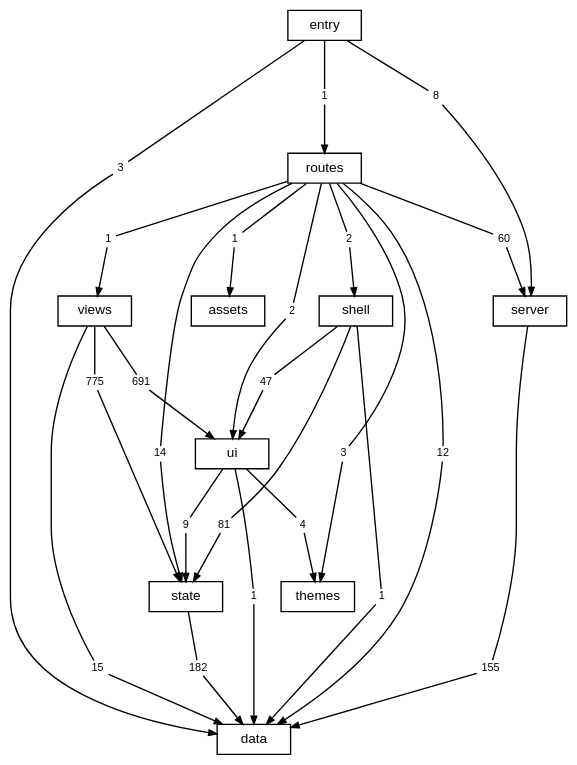
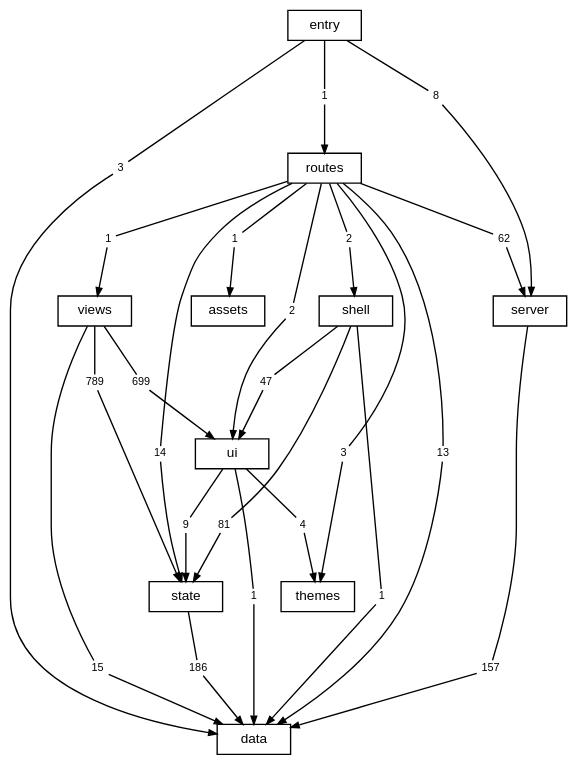
One commit to TheAxeC/oculus changed the diagram in docs/diagrams/layers.dot. Above: the diagram before and after it, drawn with Graphviz. The commit also changed 100 other files, not shown here.

```diff
--- a/docs/diagrams/layers.dot
+++ b/docs/diagrams/layers.dot
@@ -1,81 +1,81 @@
 digraph layers {
     graph [bgcolor="transparent", rankdir=TB, newrank=true, fontname="Helvetica,Arial,sans-serif", fontsize=12, nodesep=0.2, ranksep=0.5];
     node [shape=box, color="black", fontcolor="black", fontname="Helvetica,Arial,sans-serif", fontsize=10, height=0.3, margin="0.12,0.04"];
     edge [color="black", fontcolor="black", fontname="Helvetica,Arial,sans-serif", fontsize=8, arrowsize=0.6];
     "data";
     "server";
     "state";
     "ui";
     "shell";
     "views";
     "themes";
     "routes";
     "src" [label="entry"];
     "files: assets" [label="assets"];
-    "routes to data" [label="12", shape=box, color="transparent", fontsize=8, width=0, height=0, margin="0.04,0.02"];
+    "routes to data" [label="13", shape=box, color="transparent", fontsize=8, width=0, height=0, margin="0.04,0.02"];
     "routes" -> "routes to data" [arrowhead=none];
     "routes to data" -> "data" [];
     "routes to files: assets" [label="1", shape=box, color="transparent", fontsize=8, width=0, height=0, margin="0.04,0.02"];
     "routes" -> "routes to files: assets" [arrowhead=none];
     "routes to files: assets" -> "files: assets" [];
-    "routes to server" [label="60", shape=box, color="transparent", fontsize=8, width=0, height=0, margin="0.04,0.02"];
+    "routes to server" [label="62", shape=box, color="transparent", fontsize=8, width=0, height=0, margin="0.04,0.02"];
     "routes" -> "routes to server" [arrowhead=none];
     "routes to server" -> "server" [];
     "routes to shell" [label="2", shape=box, color="transparent", fontsize=8, width=0, height=0, margin="0.04,0.02"];
     "routes" -> "routes to shell" [arrowhead=none];
     "routes to shell" -> "shell" [];
     "routes to state" [label="14", shape=box, color="transparent", fontsize=8, width=0, height=0, margin="0.04,0.02"];
     "routes" -> "routes to state" [arrowhead=none];
     "routes to state" -> "state" [];
     "routes to themes" [label="3", shape=box, color="transparent", fontsize=8, width=0, height=0, margin="0.04,0.02"];
     "routes" -> "routes to themes" [arrowhead=none];
     "routes to themes" -> "themes" [];
     "routes to ui" [label="2", shape=box, color="transparent", fontsize=8, width=0, height=0, margin="0.04,0.02"];
     "routes" -> "routes to ui" [arrowhead=none];
     "routes to ui" -> "ui" [];
     "routes to views" [label="1", shape=box, color="transparent", fontsize=8, width=0, height=0, margin="0.04,0.02"];
     "routes" -> "routes to views" [arrowhead=none];
     "routes to views" -> "views" [];
-    "server to data" [label="155", shape=box, color="transparent", fontsize=8, width=0, height=0, margin="0.04,0.02"];
+    "server to data" [label="157", shape=box, color="transparent", fontsize=8, width=0, height=0, margin="0.04,0.02"];
     "server" -> "server to data" [arrowhead=none];
     "server to data" -> "data" [];
     "shell to data" [label="1", shape=box, color="transparent", fontsize=8, width=0, height=0, margin="0.04,0.02"];
     "shell" -> "shell to data" [arrowhead=none];
     "shell to data" -> "data" [];
     "shell to state" [label="81", shape=box, color="transparent", fontsize=8, width=0, height=0, margin="0.04,0.02"];
     "shell" -> "shell to state" [arrowhead=none];
     "shell to state" -> "state" [];
     "shell to ui" [label="47", shape=box, color="transparent", fontsize=8, width=0, height=0, margin="0.04,0.02"];
     "shell" -> "shell to ui" [arrowhead=none];
     "shell to ui" -> "ui" [];
     "src to data" [label="3", shape=box, color="transparent", fontsize=8, width=0, height=0, margin="0.04,0.02"];
     "src" -> "src to data" [arrowhead=none];
     "src to data" -> "data" [];
     "src to routes" [label="1", shape=box, color="transparent", fontsize=8, width=0, height=0, margin="0.04,0.02"];
     "src" -> "src to routes" [arrowhead=none];
     "src to routes" -> "routes" [];
     "src to server" [label="8", shape=box, color="transparent", fontsize=8, width=0, height=0, margin="0.04,0.02"];
     "src" -> "src to server" [arrowhead=none];
     "src to server" -> "server" [];
-    "state to data" [label="182", shape=box, color="transparent", fontsize=8, width=0, height=0, margin="0.04,0.02"];
+    "state to data" [label="186", shape=box, color="transparent", fontsize=8, width=0, height=0, margin="0.04,0.02"];
     "state" -> "state to data" [arrowhead=none];
     "state to data" -> "data" [];
     "ui to data" [label="1", shape=box, color="transparent", fontsize=8, width=0, height=0, margin="0.04,0.02"];
     "ui" -> "ui to data" [arrowhead=none];
     "ui to data" -> "data" [];
     "ui to state" [label="9", shape=box, color="transparent", fontsize=8, width=0, height=0, margin="0.04,0.02"];
     "ui" -> "ui to state" [arrowhead=none];
     "ui to state" -> "state" [];
     "ui to themes" [label="4", shape=box, color="transparent", fontsize=8, width=0, height=0, margin="0.04,0.02"];
     "ui" -> "ui to themes" [arrowhead=none];
     "ui to themes" -> "themes" [];
     "views to data" [label="15", shape=box, color="transparent", fontsize=8, width=0, height=0, margin="0.04,0.02"];
     "views" -> "views to data" [arrowhead=none];
     "views to data" -> "data" [];
-    "views to state" [label="775", shape=box, color="transparent", fontsize=8, width=0, height=0, margin="0.04,0.02"];
+    "views to state" [label="789", shape=box, color="transparent", fontsize=8, width=0, height=0, margin="0.04,0.02"];
     "views" -> "views to state" [arrowhead=none];
     "views to state" -> "state" [];
-    "views to ui" [label="691", shape=box, color="transparent", fontsize=8, width=0, height=0, margin="0.04,0.02"];
+    "views to ui" [label="699", shape=box, color="transparent", fontsize=8, width=0, height=0, margin="0.04,0.02"];
     "views" -> "views to ui" [arrowhead=none];
     "views to ui" -> "ui" [];
 }
```
